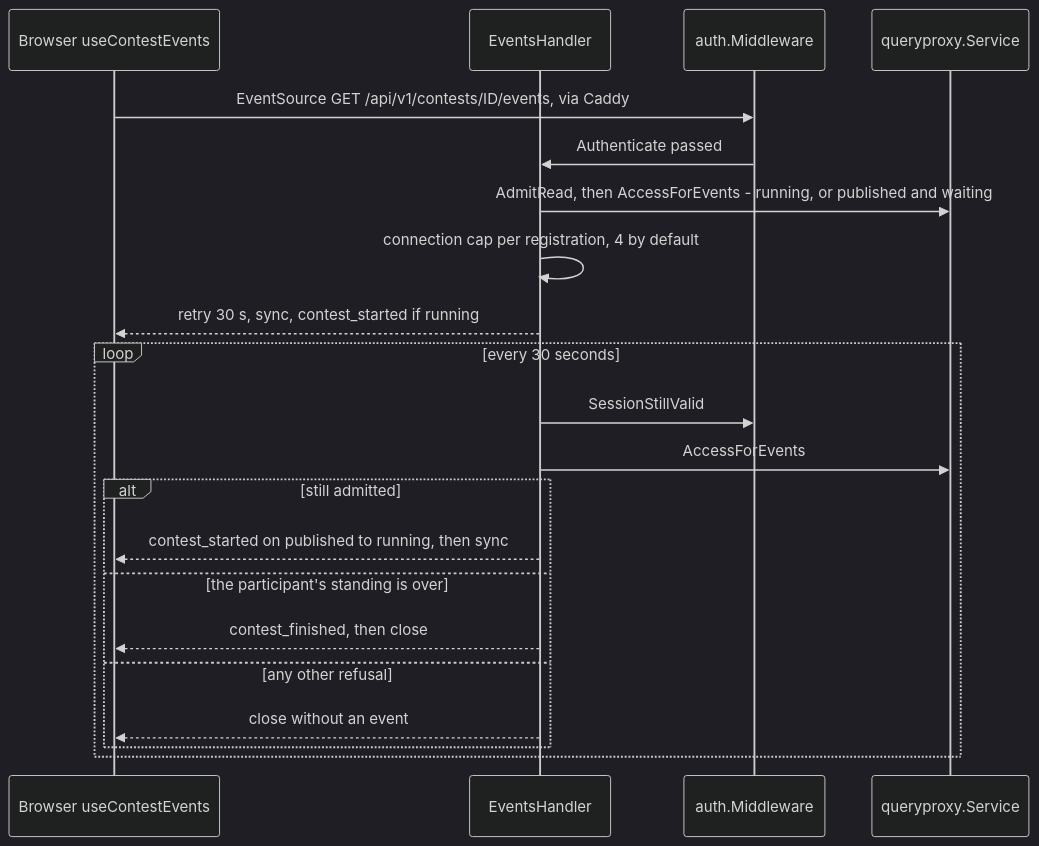
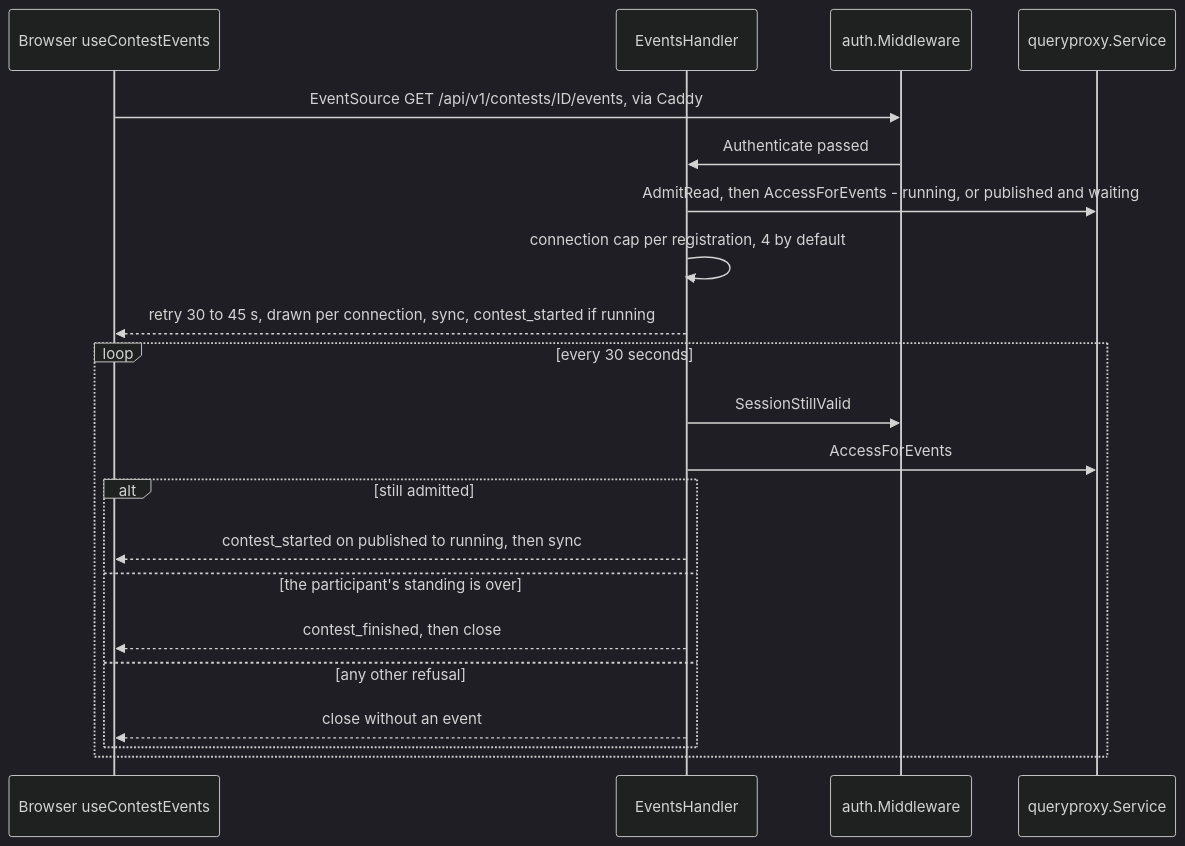
Diagram 13 of 14 in docs/guide/03-flows.md (devrdn/olymp-db-platform), drawn with Mermaid (dark theme) before and after one commit. The commit also changed 2 other files, not shown here.

Commit message:
fix(api): draw each events connection's retry from 30 to 45 seconds
Every connection told the browser to reconnect after exactly thirty
seconds. A restart of the API cuts every participant's channel at the
same instant, so they all came back in the same second, and since each
connection's resync tick starts when it opens, their ticks stayed in
step from then on: a contest starting after such a restart reached
every waiting room in one tick.

The retry field is now drawn once per connection, uniformly from the
resync interval to half again as long, which spreads both the
reconnections and the ticks they start. The resync interval itself is
unchanged.

````diff
--- a/docs/guide/03-flows.md
+++ b/docs/guide/03-flows.md
@@ -827,24 +827,24 @@
 ```mermaid
 sequenceDiagram
     participant B as Browser useContestEvents
     participant E as EventsHandler
     participant M as auth.Middleware
     participant Q as queryproxy.Service
 
     B->>M: EventSource GET /api/v1/contests/ID/events, via Caddy
     M->>E: Authenticate passed
     E->>Q: AdmitRead, then AccessForEvents - running, or published and waiting
     E->>E: connection cap per registration, 4 by default
-    E-->>B: retry 30 s, sync, contest_started if running
+    E-->>B: retry 30 to 45 s, drawn per connection, sync, contest_started if running
     loop every 30 seconds
         E->>M: SessionStillValid
         E->>Q: AccessForEvents
         alt still admitted
             E-->>B: contest_started on published to running, then sync
         else the participant's standing is over
             E-->>B: contest_finished, then close
         else any other refusal
             E-->>B: close without an event
         end
     end
 ```
````
